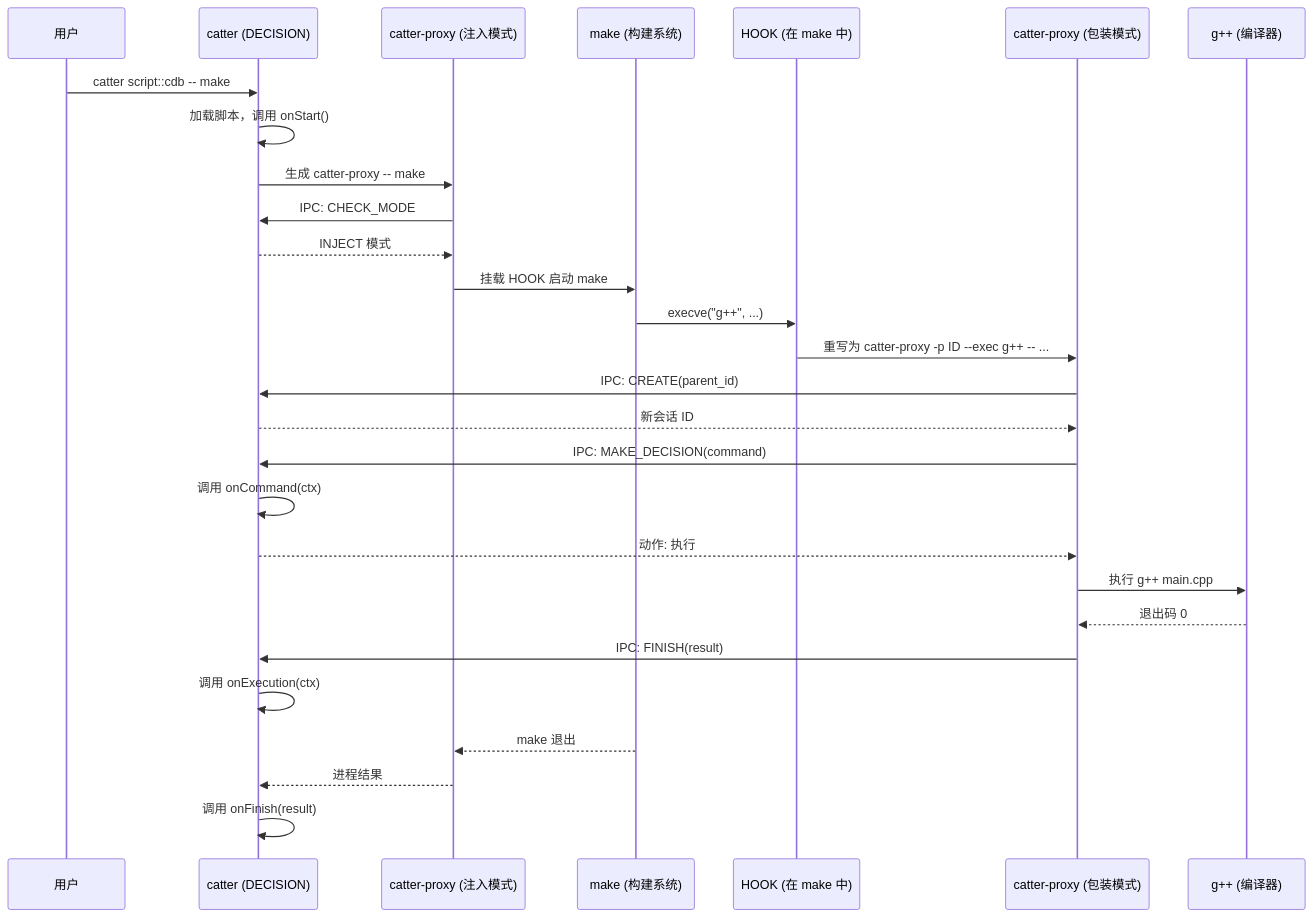
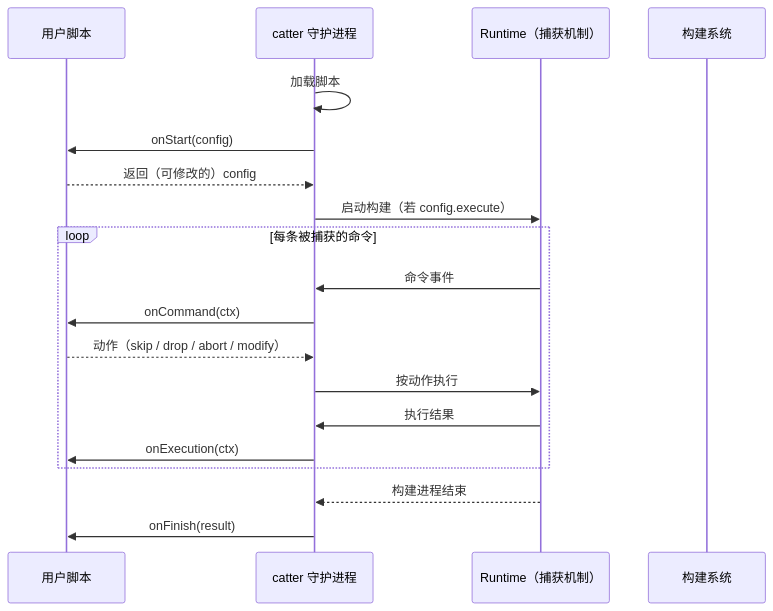
The diagram in zh/catter/design/architecture.md (clice-io/docs), drawn with Mermaid before and after one commit. The commit also changed other lines of this file and 13 other files, not shown here.

````diff
--- a/zh/catter/design/architecture.md
+++ b/zh/catter/design/architecture.md
@@ -88,31 +28,22 @@
 ```mermaid
 sequenceDiagram
-    participant User as 用户
-    participant Catter as catter (DECISION)
-    participant Proxy1 as catter-proxy (注入模式)
-    participant Make as make (构建系统)
-    participant Hook as HOOK (在 make 中)
-    participant Proxy2 as catter-proxy (包装模式)
-    participant GCC as g++ (编译器)
+    participant Script as 用户脚本
+    participant Catter as catter 守护进程
+    participant Runtime as Runtime（捕获机制）
+    participant Build as 构建系统
 
-    User->>Catter: catter script::cdb -- make
-    Catter->>Catter: 加载脚本，调用 onStart()
-    Catter->>Proxy1: 生成 catter-proxy -- make
-    Proxy1->>Catter: IPC: CHECK_MODE
-    Catter-->>Proxy1: INJECT 模式
-    Proxy1->>Make: 挂载 HOOK 启动 make
-    Make->>Hook: execve("g++", ...)
-    Hook->>Proxy2: 重写为 catter-proxy -p ID --exec g++ -- ...
-    Proxy2->>Catter: IPC: CREATE(parent_id)
-    Catter-->>Proxy2: 新会话 ID
-    Proxy2->>Catter: IPC: MAKE_DECISION(command)
-    Catter->>Catter: 调用 onCommand(ctx)
-    Catter-->>Proxy2: 动作: 执行
-    Proxy2->>GCC: 执行 g++ main.cpp
-    GCC-->>Proxy2: 退出码 0
-    Proxy2->>Catter: IPC: FINISH(result)
-    Catter->>Catter: 调用 onExecution(ctx)
-    Make-->>Proxy1: make 退出
-    Proxy1-->>Catter: 进程结果
-    Catter->>Catter: 调用 onFinish(result)
+    Catter->>Catter: 加载脚本
+    Catter->>Script: onStart(config)
+    Script-->>Catter: 返回（可修改的）config
+    Catter->>Runtime: 启动构建（若 config.execute）
+    loop 每条被捕获的命令
+        Runtime->>Catter: 命令事件
+        Catter->>Script: onCommand(ctx)
+        Script-->>Catter: 动作（skip / drop / abort / modify）
+        Catter->>Runtime: 按动作执行
+        Runtime->>Catter: 执行结果
+        Catter->>Script: onExecution(ctx)
+    end
+    Runtime-->>Catter: 构建进程结束
+    Catter->>Script: onFinish(result)
 ```
````
